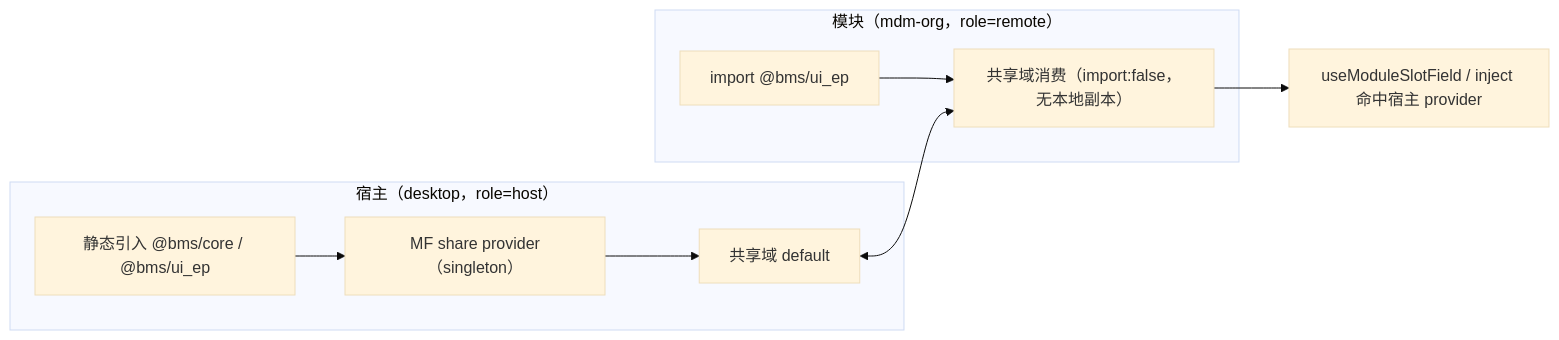
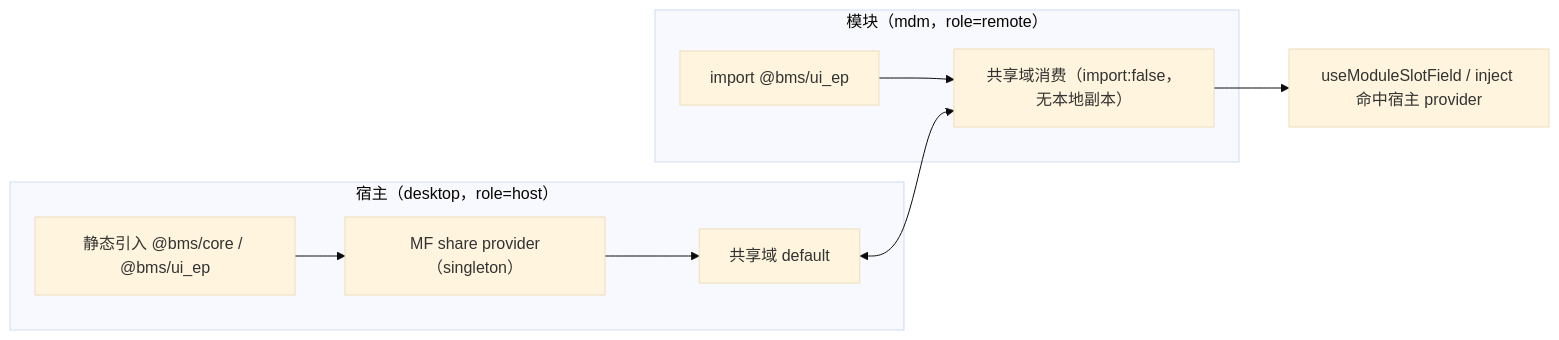
The diagram in bms文档/项目/05_前端插件化/任务/02_运行时加载/02_运行时加载_03_基座包发布版本化与共享域化/设计/01_详细设计_03_基座包发布版本化与共享域化.md (minjian123/basic-management-system), drawn with Mermaid (base theme) before and after one commit. The commit also changed other lines of this file and 501 other files, not shown here.

````diff
--- a/bms文档/项目/05_前端插件化/任务/02_运行时加载/02_运行时加载_03_基座包发布版本化与共享域化/设计/01_详细设计_03_基座包发布版本化与共享域化.md
+++ b/bms文档/项目/05_前端插件化/任务/02_运行时加载/02_运行时加载_03_基座包发布版本化与共享域化/设计/01_详细设计_03_基座包发布版本化与共享域化.md
@@ -22,12 +22,12 @@
 ```mermaid
 flowchart LR
   subgraph host["宿主（desktop，role=host）"]
     H1["静态引入 @bms/core / @bms/ui_ep"] --> H2["MF share provider（singleton）"]
     H2 --> H3["共享域 default"]
   end
-  subgraph mod["模块（mdm-org，role=remote）"]
+  subgraph mod["模块（mdm，role=remote）"]
     D1["import @bms/ui_ep"] --> D2["共享域消费（import:false，无本地副本）"]
   end
   H3 <--> D2
   D2 --> D3["useModuleSlotField / inject 命中宿主 provider"]
 ```
````
